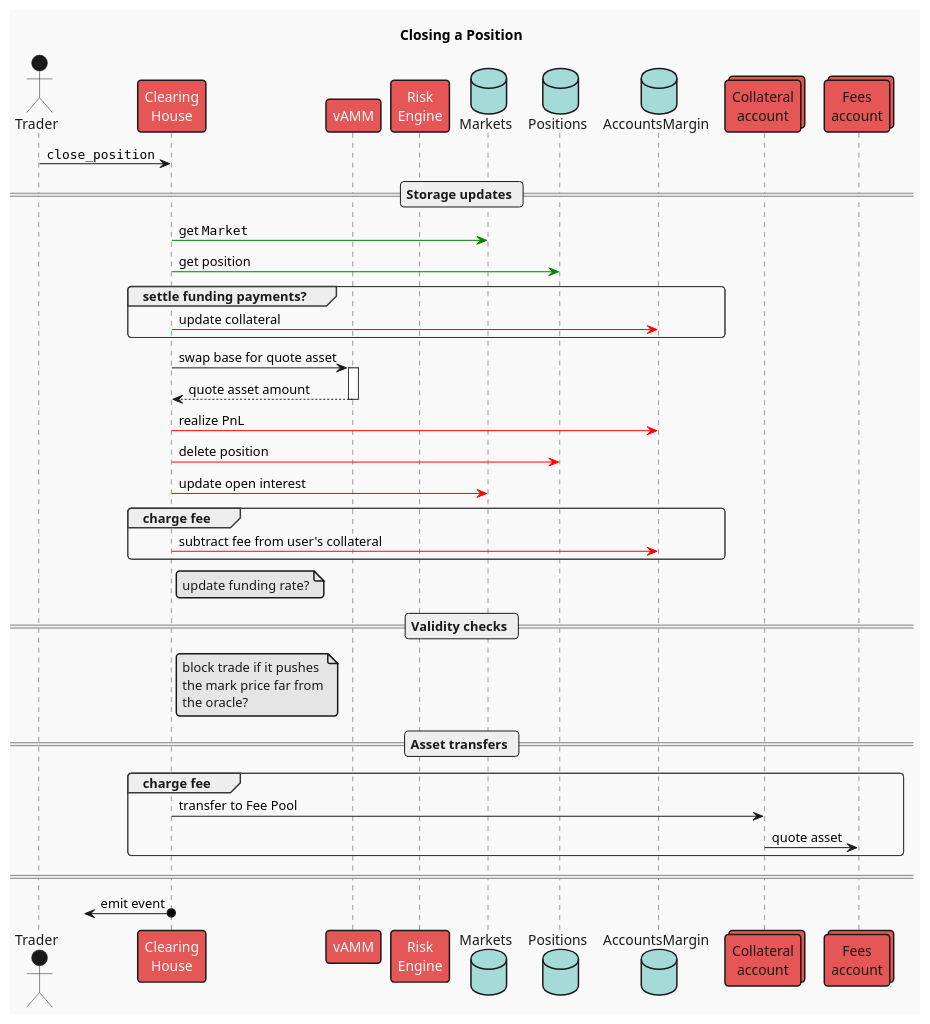
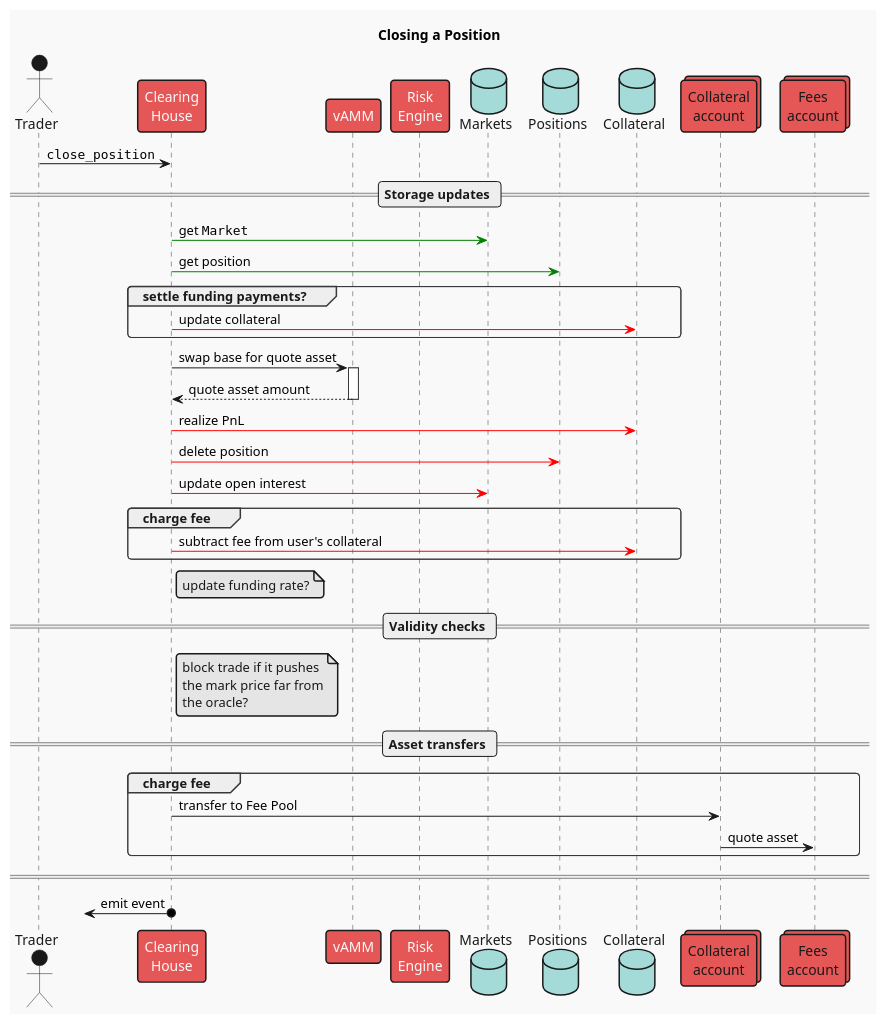
Before and after one commit to ComposableFi/composable: the diagram in frame/clearing-house/diagrams/close-position.plantuml, drawn with PlantUML. The commit also changed 11 other files, not shown here.

Commit message:
refactor(CH): separate 'collateral' and 'margin'

```diff
--- a/frame/clearing-house/diagrams/close-position.plantuml
+++ b/frame/clearing-house/diagrams/close-position.plantuml
@@ -1,62 +1,62 @@
 @startuml close_position
 !theme mars
 
 title Closing a Position
 
 actor "Trader" as user
 participant "Clearing\nHouse" as ch
 participant "vAMM" as vamm
 participant "Risk\nEngine" as risk
 database "Markets" as mkts
 database "Positions" as positions
-database "AccountsMargin" as accs
+database "Collateral" as accs
 collections "Collateral\naccount" as vault
 collections "Fees\naccount" as fees
 
 user -> ch : ""close_position""
 
 == Storage updates ==
 
 ch -[#green]> mkts : get ""Market""
 ch -[#green]> positions : get position
 'note right CH: compute quote asset\nnotional amount
 
 group settle funding payments?
 ch -[#red]> accs : update collateral
 end
 
 ch -> vamm ++ : swap base for quote asset
 return quote asset amount
 
 ch -[#red]> accs : realize PnL
 
 ch -[#red]> positions : delete position
 ch -[#red]> mkts : update open interest
 
 group charge fee
 ch -[#red]> accs : subtract fee from user's collateral
 end
 
 note right ch
 update funding rate?
 end note
 
 == Validity checks ==
 
 note right ch
 block trade if it pushes
 the mark price far from
 the oracle?
 end note
 
 == Asset transfers ==
 
 group charge fee
 ch -> vault : transfer to Fee Pool
 vault -> fees : quote asset
 end
 
 ====
 
 ?<-o ch : emit event
 @enduml
```
